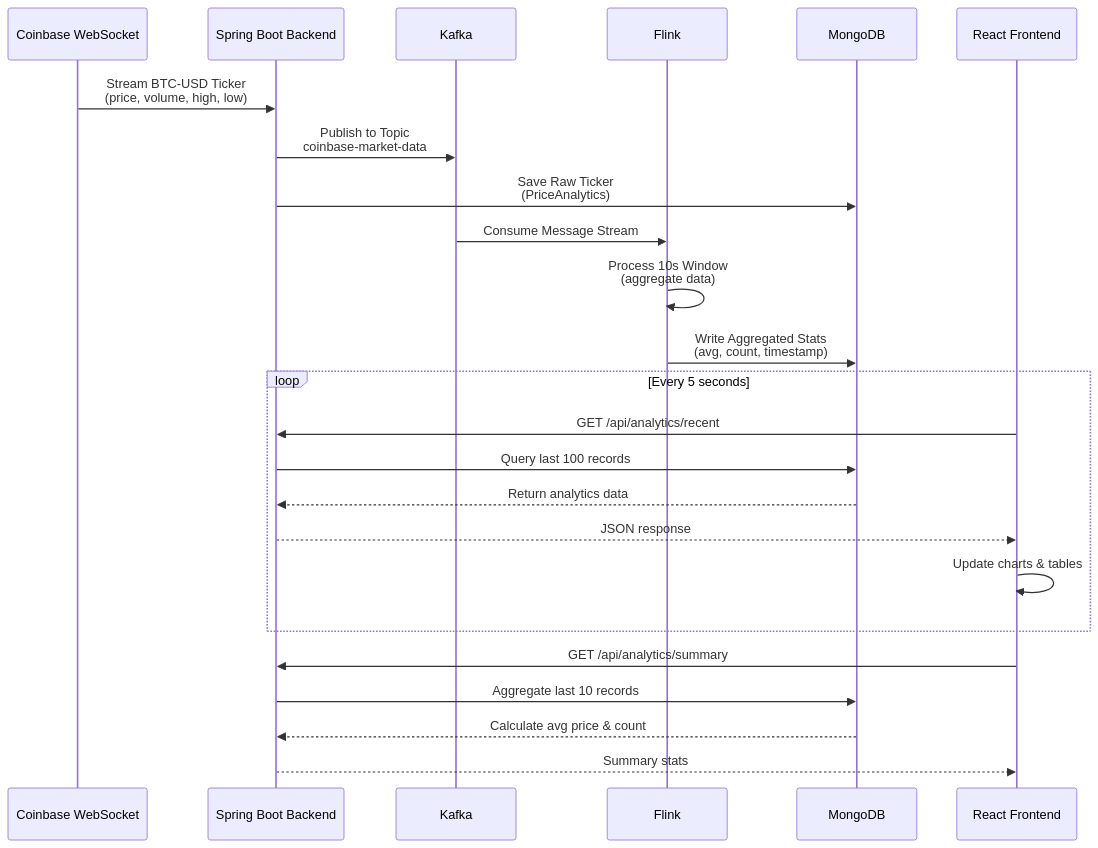
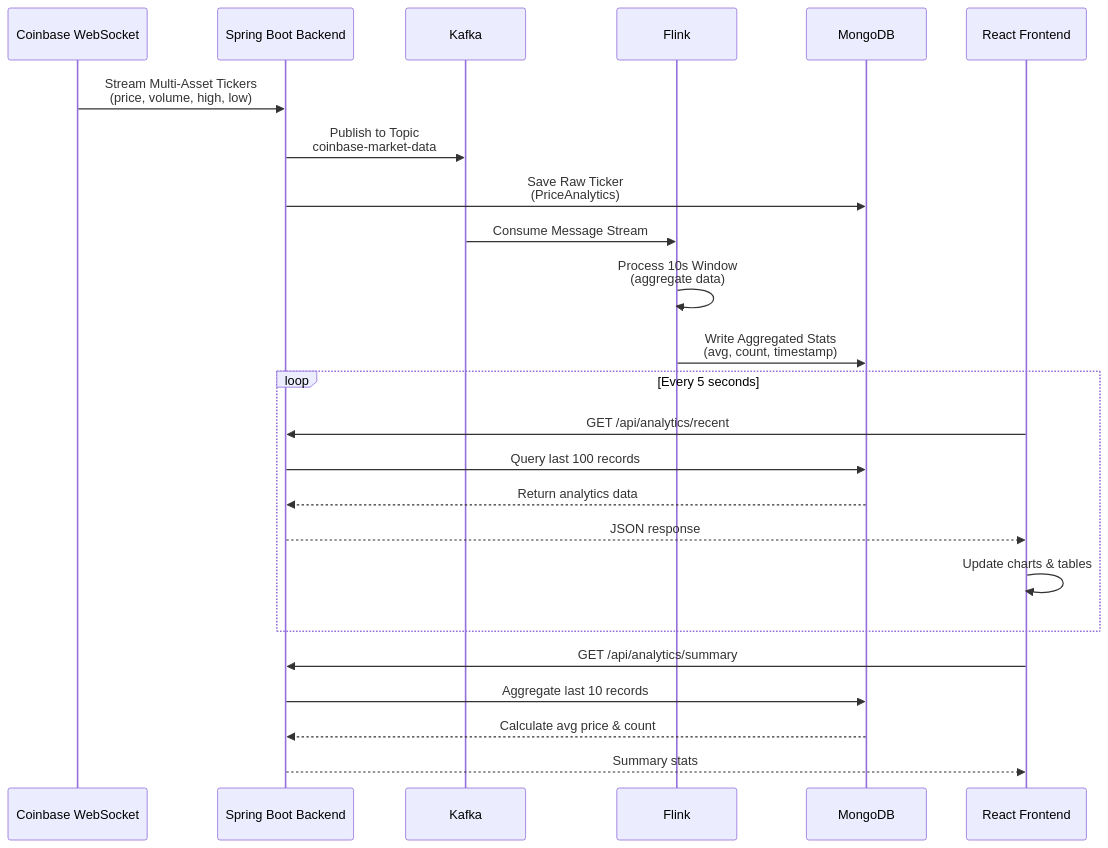
Before and after one commit to rohana-2005/coinbase-realtime-market-data-analytics: the second of 3 diagrams in README.md, drawn with Mermaid. The commit also changed other lines of this file, not shown here.

````diff
--- a/README.md
+++ b/README.md
@@ -89,30 +91,30 @@
 ```mermaid
 sequenceDiagram
     participant CB as Coinbase WebSocket
     participant BE as Spring Boot Backend
     participant KF as Kafka
     participant FL as Flink
     participant DB as MongoDB
     participant FE as React Frontend
 
-    CB->>BE: Stream BTC-USD Ticker<br/>(price, volume, high, low)
+    CB->>BE: Stream Multi-Asset Tickers<br/>(price, volume, high, low)
     BE->>KF: Publish to Topic<br/>coinbase-market-data
     BE->>DB: Save Raw Ticker<br/>(PriceAnalytics)
     
     KF->>FL: Consume Message Stream
     FL->>FL: Process 10s Window<br/>(aggregate data)
     FL->>DB: Write Aggregated Stats<br/>(avg, count, timestamp)
     
     loop Every 5 seconds
         FE->>BE: GET /api/analytics/recent
         BE->>DB: Query last 100 records
         DB-->>BE: Return analytics data
         BE-->>FE: JSON response
         FE->>FE: Update charts & tables
     end
 
     FE->>BE: GET /api/analytics/summary
     BE->>DB: Aggregate last 10 records
     DB-->>BE: Calculate avg price & count
     BE-->>FE: Summary stats
 ```
````
